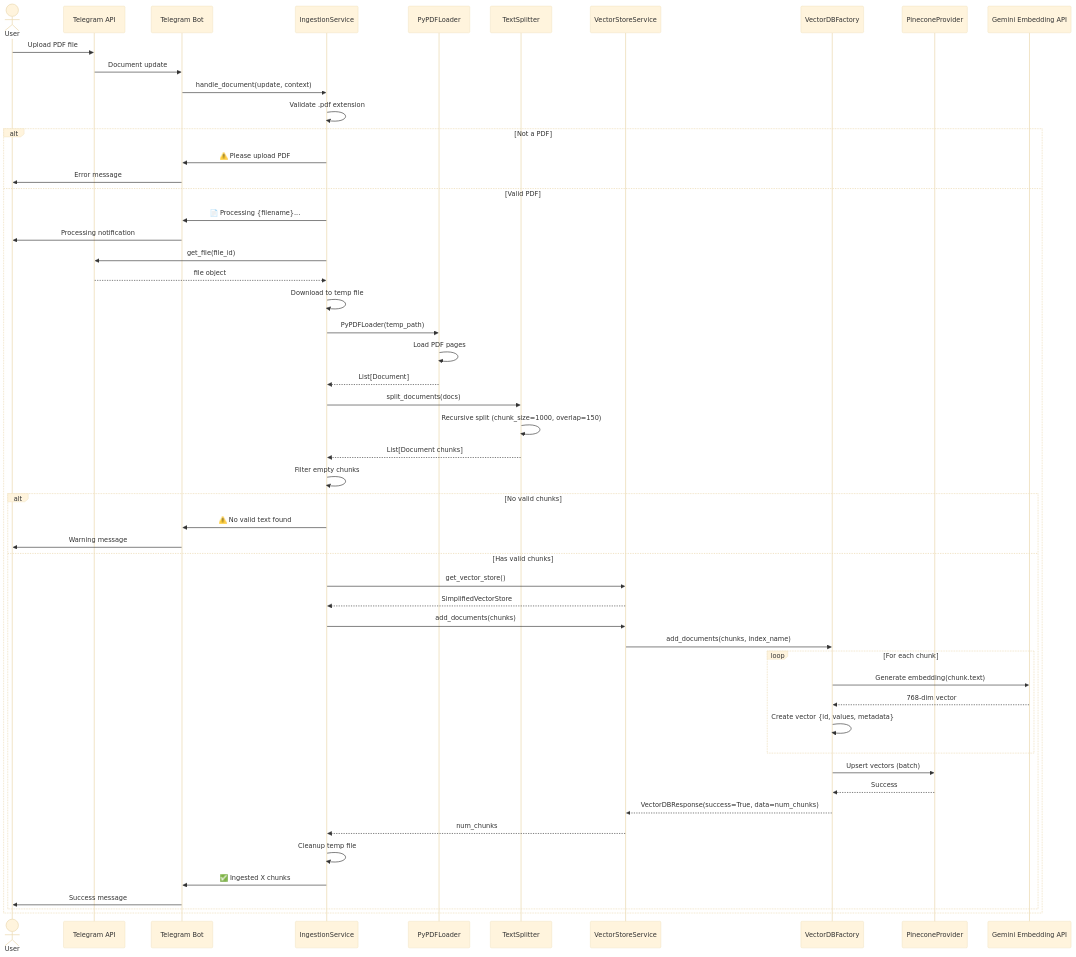
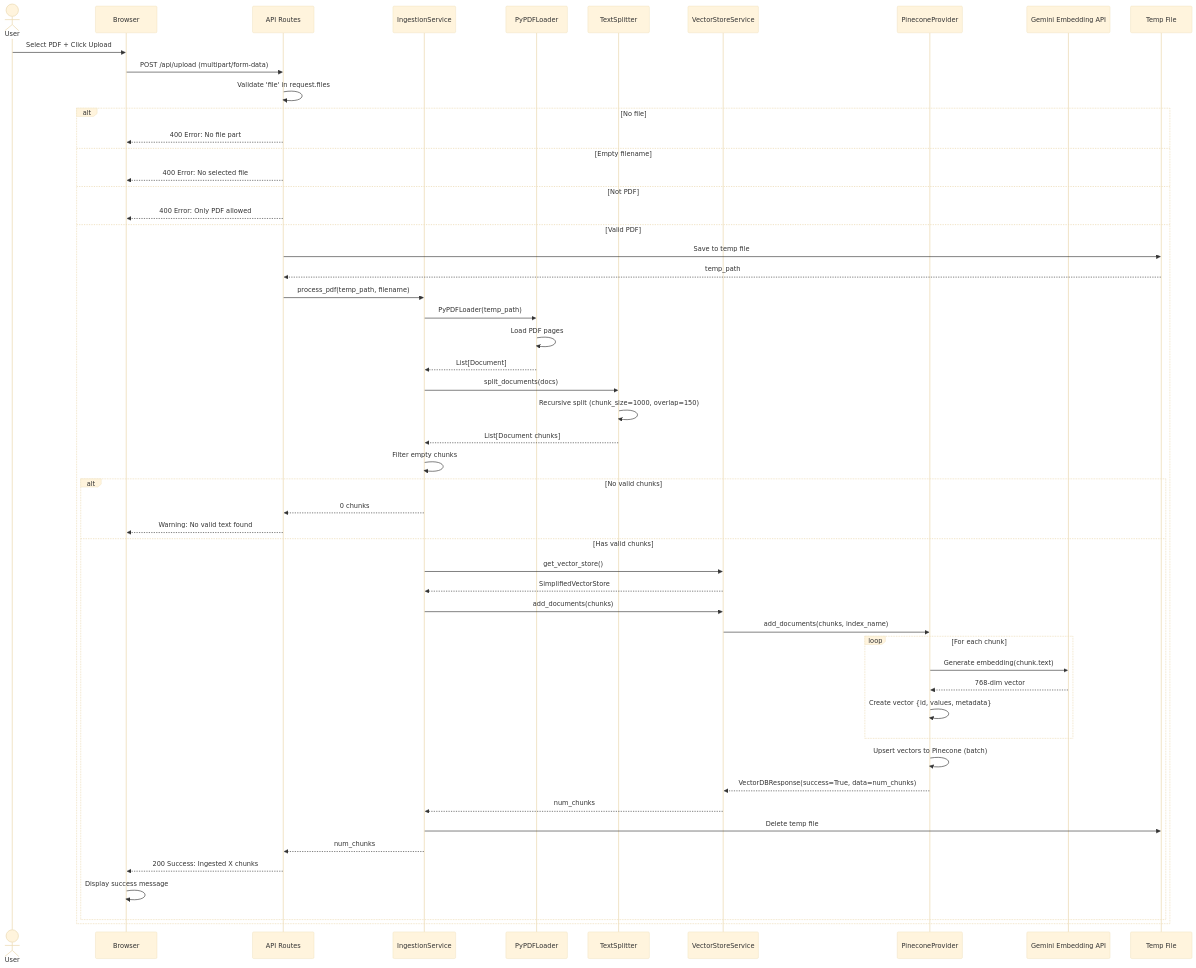
One commit to NayaneshGupte/RAG-Demo changed the fourth of 9 diagrams in docs/architecture/SEQUENCE_DIAGRAMS.md. Above: the diagram before and after it, drawn with Mermaid (base theme). The commit also changed other lines of this file and 9 other files, not shown here.

````diff
--- a/docs/architecture/SEQUENCE_DIAGRAMS.md
+++ b/docs/architecture/SEQUENCE_DIAGRAMS.md
@@ -97,67 +183,65 @@
 ```mermaid
 sequenceDiagram
     actor User
-    participant Telegram as Telegram API
-    participant Bot as Telegram Bot
+    participant Browser
+    participant API as API Routes
     participant Ingestion as IngestionService
     participant Loader as PyPDFLoader
     participant Splitter as TextSplitter
     participant Vector as VectorStoreService
-    participant VectorDB as VectorDBFactory
-    participant Pinecone as PineconeProvider
+    participant VectorDB as PineconeProvider
     participant Gemini as Gemini Embedding API
+    participant Temp as Temp File
     
-    User->>Telegram: Upload PDF file
-    Telegram->>Bot: Document update
-    Bot->>Ingestion: handle_document(update, context)
+    User->>Browser: Select PDF + Click Upload
+    Browser->>API: POST /api/upload (multipart/form-data)
     
-    Ingestion->>Ingestion: Validate .pdf extension
-    
-    alt Not a PDF
-        Ingestion->>Bot: ⚠️ Please upload PDF
-        Bot->>User: Error message
+    API->>API: Validate 'file' in request.files
+    alt No file
+        API-->>Browser: 400 Error: No file part
+    else Empty filename
+        API-->>Browser: 400 Error: No selected file
+    else Not PDF
+        API-->>Browser: 400 Error: Only PDF allowed
     else Valid PDF
-        Ingestion->>Bot: 📄 Processing {filename}...
-        Bot->>User: Processing notification
+        API->>Temp: Save to temp file
+        Temp-->>API: temp_path
         
-        Ingestion->>Telegram: get_file(file_id)
-        Telegram-->>Ingestion: file object
-        Ingestion->>Ingestion: Download to temp file
-        
+        API->>Ingestion: process_pdf(temp_path, filename)
         Ingestion->>Loader: PyPDFLoader(temp_path)
         Loader->>Loader: Load PDF pages
         Loader-->>Ingestion: List[Document]
         
         Ingestion->>Splitter: split_documents(docs)
         Splitter->>Splitter: Recursive split (chunk_size=1000, overlap=150)
         Splitter-->>Ingestion: List[Document chunks]
         
         Ingestion->>Ingestion: Filter empty chunks
         
         alt No valid chunks
-            Ingestion->>Bot: ⚠️ No valid text found
-            Bot->>User: Warning message
+            Ingestion-->>API: 0 chunks
+            API-->>Browser: Warning: No valid text found
         else Has valid chunks
             Ingestion->>Vector: get_vector_store()
             Vector-->>Ingestion: SimplifiedVectorStore
             
             Ingestion->>Vector: add_documents(chunks)
             Vector->>VectorDB: add_documents(chunks, index_name)
             
             loop For each chunk
                 VectorDB->>Gemini: Generate embedding(chunk.text)
                 Gemini-->>VectorDB: 768-dim vector
                 VectorDB->>VectorDB: Create vector {id, values, metadata}
             end
             
-            VectorDB->>Pinecone: Upsert vectors (batch)
-            Pinecone-->>VectorDB: Success
+            VectorDB->>VectorDB: Upsert vectors to Pinecone (batch)
             VectorDB-->>Vector: VectorDBResponse(success=True, data=num_chunks)
             Vector-->>Ingestion: num_chunks
             
-            Ingestion->>Ingestion: Cleanup temp file
-            Ingestion->>Bot: ✅ Ingested X chunks
-            Bot->>User: Success message
+            Ingestion->>Temp: Delete temp file
+            Ingestion-->>API: num_chunks
+            API-->>Browser: 200 Success: Ingested X chunks
+            Browser->>Browser: Display success message
         end
     end
 ```
````
